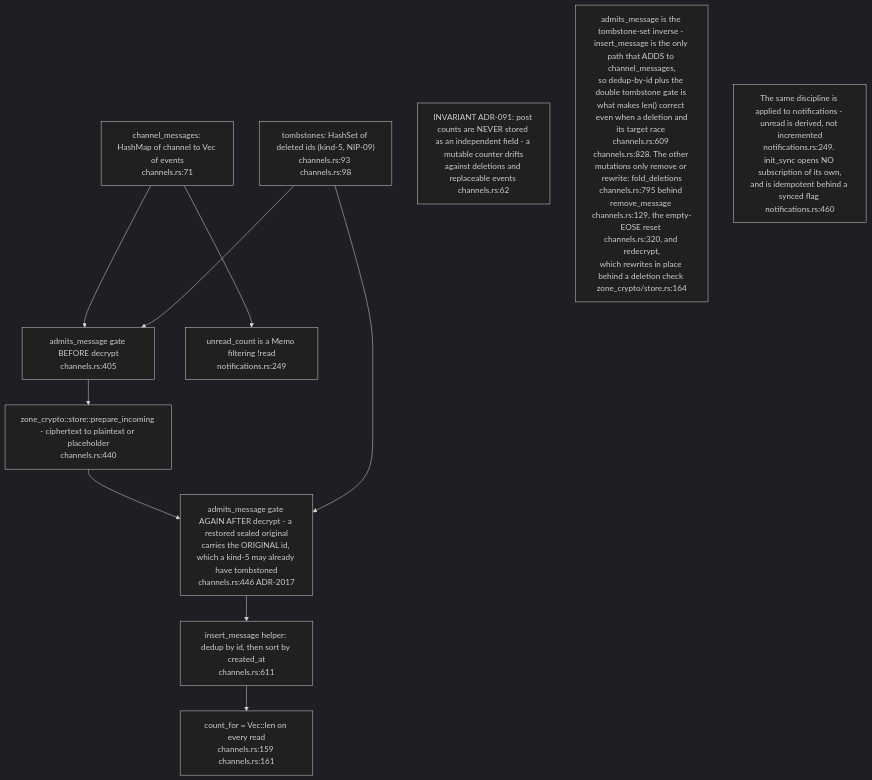
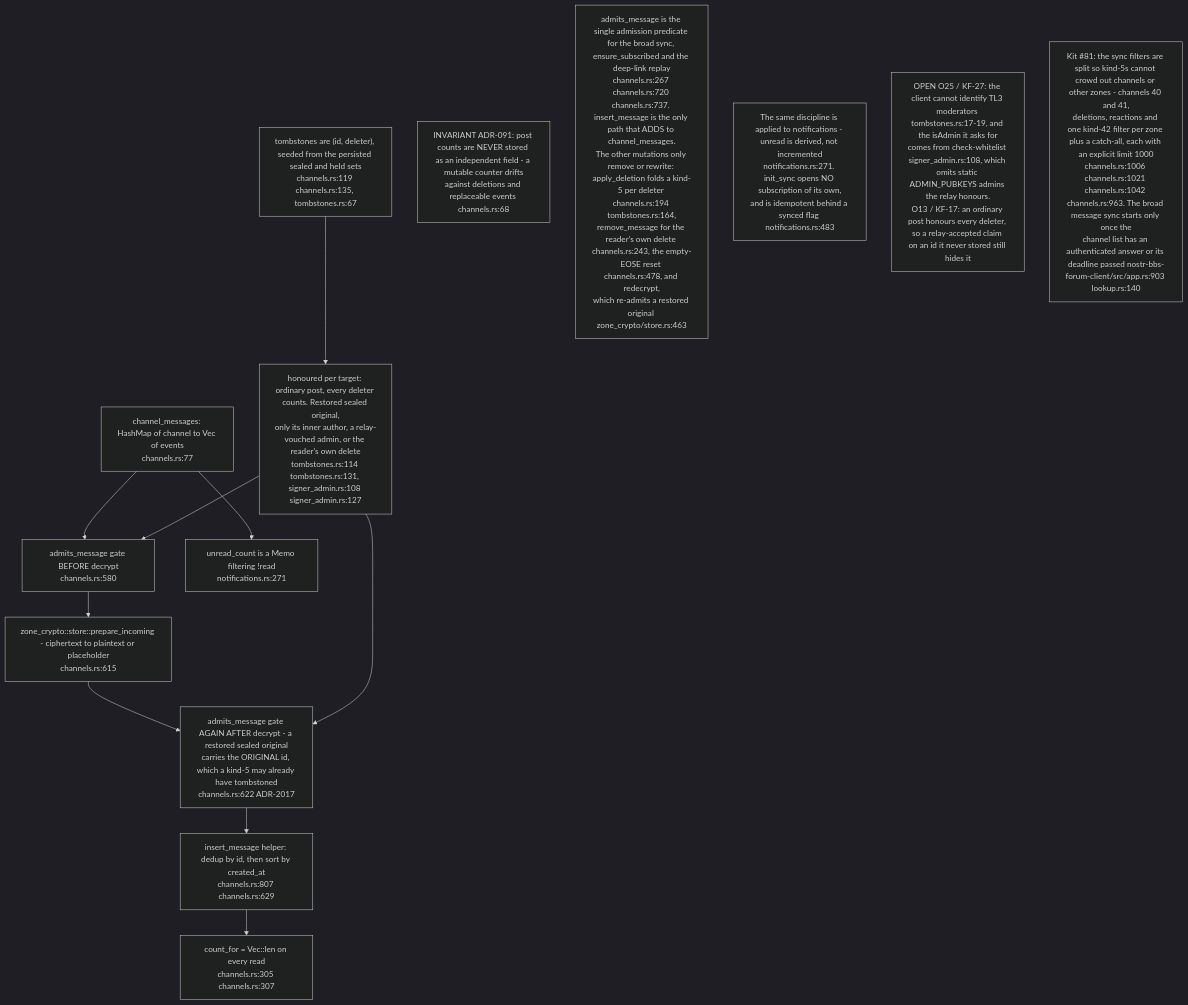
One commit to DreamLab-AI/VisionFlow changed the sixth of 20 diagrams in docs/diagrams/nostr-rust-forum/05-leptos-clients-onboarding-messaging-governance.md. Above: the diagram before and after it, drawn with Mermaid (dark theme). The commit also changed other lines of this file, not shown here.

First line of the commit message:
docs(diagrams): re-verify NF-05 at nostr-rust-forum af4f0d5

````diff
--- a/docs/diagrams/nostr-rust-forum/05-leptos-clients-onboarding-messaging-governance.md
+++ b/docs/diagrams/nostr-rust-forum/05-leptos-clients-onboarding-messaging-governance.md
@@ -241,20 +249,24 @@
 ```mermaid
 flowchart TB
-    EVS["channel_messages: HashMap of channel to Vec of events<br/>channels.rs:71"]
-    TOMB["tombstones: HashSet of deleted ids (kind-5, NIP-09)<br/>channels.rs:93 channels.rs:98"]
-    GATE1["admits_message gate BEFORE decrypt<br/>channels.rs:405"]
-    DEC["zone_crypto::store::prepare_incoming - ciphertext to plaintext or placeholder<br/>channels.rs:440"]
-    GATE2["admits_message gate AGAIN AFTER decrypt - a restored sealed original<br/>carries the ORIGINAL id, which a kind-5 may already have tombstoned<br/>channels.rs:446 ADR-2017"]
-    INS["insert_message helper: dedup by id, then sort by created_at<br/>channels.rs:611"]
-    CNT["count_for = Vec::len on every read<br/>channels.rs:159 channels.rs:161"]
-    UNREAD["unread_count is a Memo filtering !read<br/>notifications.rs:249"]
+    EVS["channel_messages: HashMap of channel to Vec of events<br/>channels.rs:77"]
+    TOMB["tombstones are (id, deleter), seeded from the persisted sealed and held sets<br/>channels.rs:119 channels.rs:135, tombstones.rs:67"]
+    GATE1["admits_message gate BEFORE decrypt<br/>channels.rs:580"]
+    DEC["zone_crypto::store::prepare_incoming - ciphertext to plaintext or placeholder<br/>channels.rs:615"]
+    GATE2["admits_message gate AGAIN AFTER decrypt - a restored sealed original<br/>carries the ORIGINAL id, which a kind-5 may already have tombstoned<br/>channels.rs:622 ADR-2017"]
+    INS["insert_message helper: dedup by id, then sort by created_at<br/>channels.rs:807 channels.rs:629"]
+    CNT["count_for = Vec::len on every read<br/>channels.rs:305 channels.rs:307"]
+    UNREAD["unread_count is a Memo filtering !read<br/>notifications.rs:271"]
+    HON["honoured per target: ordinary post, every deleter counts. Restored sealed original,<br/>only its inner author, a relay-vouched admin, or the reader's own delete<br/>tombstones.rs:114 tombstones.rs:131, signer_admin.rs:108 signer_admin.rs:127"]
 
     EVS --> GATE1 --> DEC --> GATE2 --> INS --> CNT
-    TOMB --> GATE1
-    TOMB --> GATE2
+    TOMB --> HON
+    HON --> GATE1
+    HON --> GATE2
     EVS --> UNREAD
 
-    N1["INVARIANT ADR-091: post counts are NEVER stored as an independent field - a mutable counter drifts<br/>against deletions and replaceable events channels.rs:62"]
-    N2["admits_message is the tombstone-set inverse - insert_message is the only path that ADDS to channel_messages,<br/>so dedup-by-id plus the double tombstone gate is what makes len() correct even when a deletion and<br/>its target race channels.rs:609 channels.rs:828. The other mutations only remove or rewrite: fold_deletions<br/>channels.rs:795 behind remove_message channels.rs:129, the empty-EOSE reset channels.rs:320, and redecrypt,<br/>which rewrites in place behind a deletion check zone_crypto/store.rs:164"]
-    N3["The same discipline is applied to notifications - unread is derived, not incremented<br/>notifications.rs:249. init_sync opens NO subscription of its own,<br/>and is idempotent behind a synced flag notifications.rs:460"]
+    N1["INVARIANT ADR-091: post counts are NEVER stored as an independent field - a mutable counter drifts<br/>against deletions and replaceable events channels.rs:68"]
+    N2["admits_message is the single admission predicate for the broad sync, ensure_subscribed and the deep-link replay<br/>channels.rs:267 channels.rs:720 channels.rs:737. insert_message is the only path that ADDS to channel_messages.<br/>The other mutations only remove or rewrite: apply_deletion folds a kind-5 per deleter channels.rs:194 tombstones.rs:164,<br/>remove_message for the reader's own delete channels.rs:243, the empty-EOSE reset channels.rs:478, and redecrypt,<br/>which re-admits a restored original zone_crypto/store.rs:463"]
+    N3["The same discipline is applied to notifications - unread is derived, not incremented<br/>notifications.rs:271. init_sync opens NO subscription of its own,<br/>and is idempotent behind a synced flag notifications.rs:483"]
+    N4["OPEN O25 / KF-27: the client cannot identify TL3 moderators tombstones.rs:17-19, and the isAdmin it asks for<br/>comes from check-whitelist signer_admin.rs:108, which omits static ADMIN_PUBKEYS admins the relay honours.<br/>O13 / KF-17: an ordinary post honours every deleter, so a relay-accepted claim on an id it never stored still hides it"]
+    N5["Kit #81: the sync filters are split so kind-5s cannot crowd out channels or other zones - channels 40 and 41,<br/>deletions, reactions and one kind-42 filter per zone plus a catch-all, each with an explicit limit 1000<br/>channels.rs:1006 channels.rs:1021 channels.rs:1042 channels.rs:963. The broad message sync starts only once the<br/>channel list has an authenticated answer or its deadline passed nostr-bbs-forum-client/src/app.rs:903 lookup.rs:140"]
 ```
````
